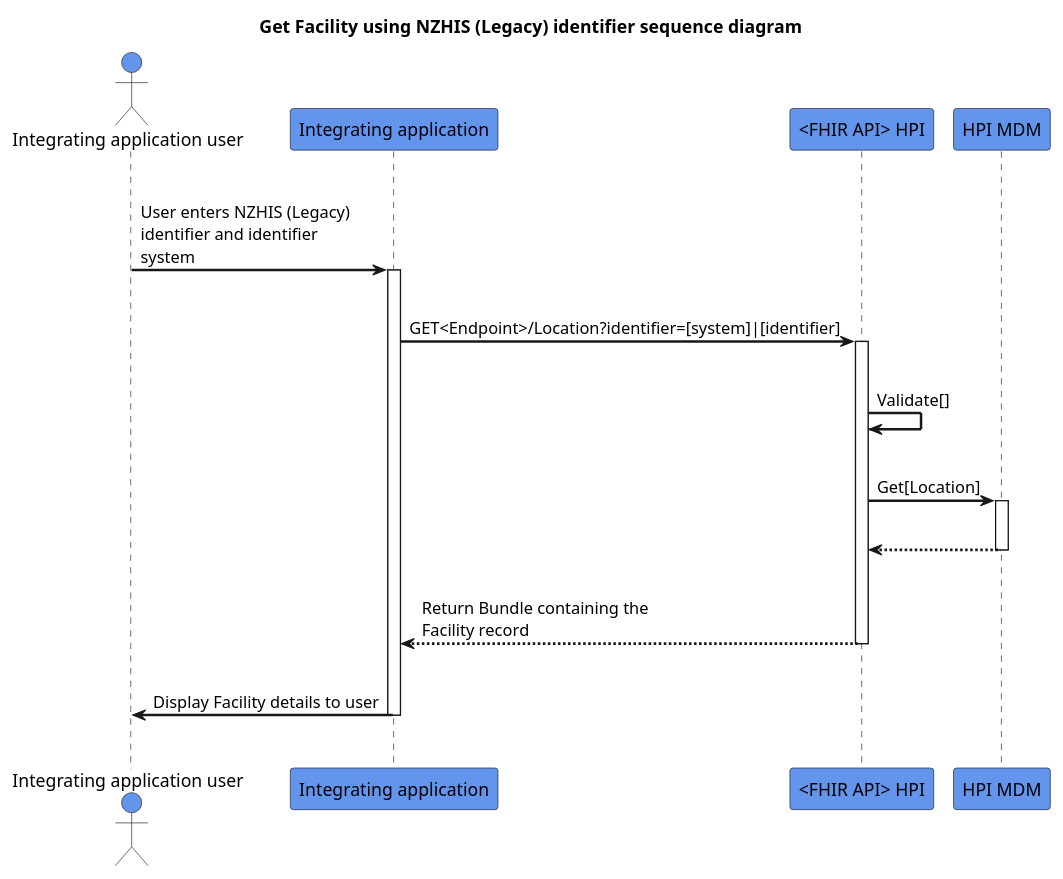
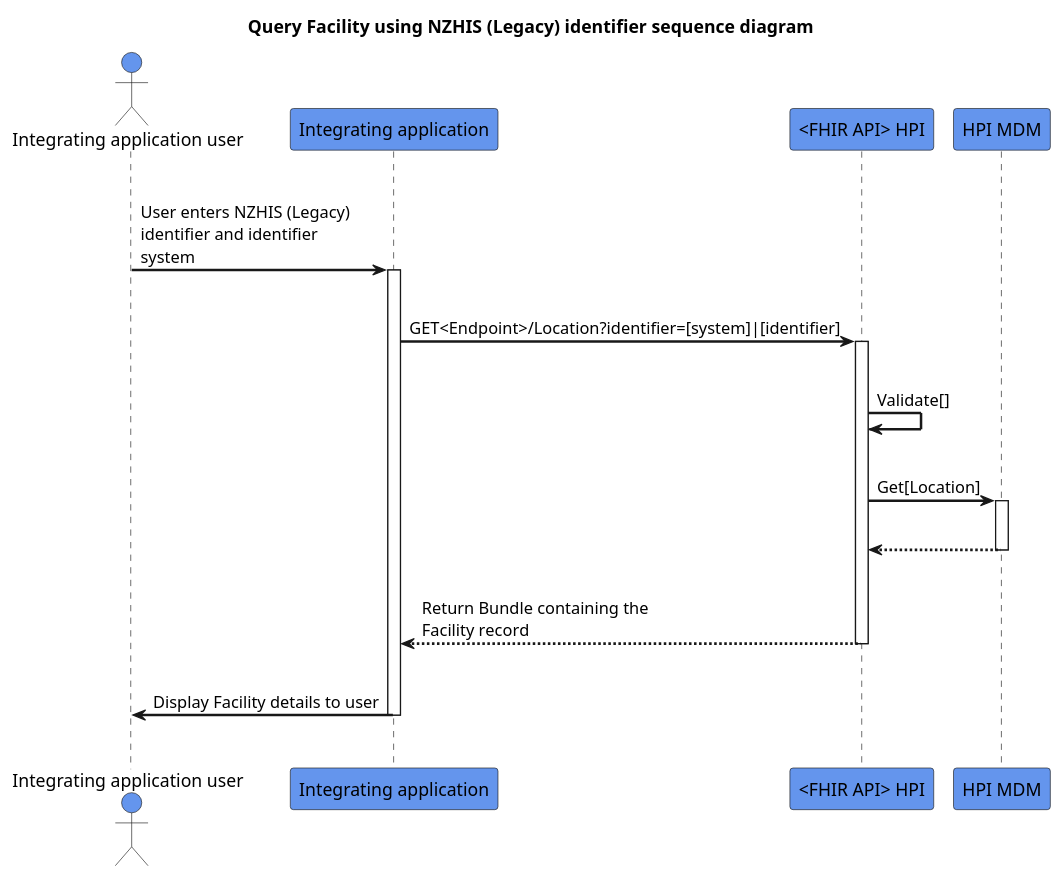
The diagram in input/images-source/query-facility.plantuml (HL7NZ/hpi), drawn with PlantUML before and after one commit.

```diff
--- a/input/images-source/query-facility.plantuml
+++ b/input/images-source/query-facility.plantuml
@@ -1,32 +1,32 @@
 @startuml
 skinparam sequenceArrowThickness 2
 skinparam roundcorner 5
 skinparam maxmessagesize 180
 skinparam sequenceParticipant bold
-title Get Facility using NZHIS (Legacy) identifier sequence diagram 
+title Query Facility using NZHIS (Legacy) identifier sequence diagram 
 actor "Integrating application user" as User #CornflowerBlue
 participant "Integrating application" as A #CornflowerBlue
 participant "<FHIR API> HPI" as B #CornflowerBlue
 participant "HPI MDM" as C #CornflowerBlue
 |||
 User -> A: User enters NZHIS (Legacy) identifier and identifier system
 activate A
 |||
 A -> B: GET<Endpoint>/Location?identifier=[system]|[identifier]
 activate B
 |||
 B -> B: Validate[]
 |||
 B -> C: Get[Location]
 activate C
 |||
 C -[dashed]-> B:  
 deactivate C
 |||
 B -[dashed]-> A:Return Bundle containing the Facility record
 deactivate B
 |||
 A -> User: Display Facility details to user
 deactivate A
 |||
 @enduml
```
